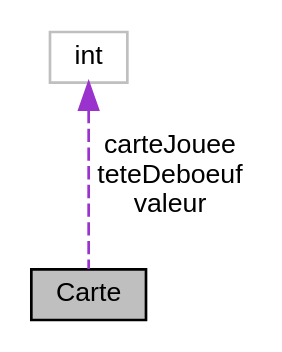
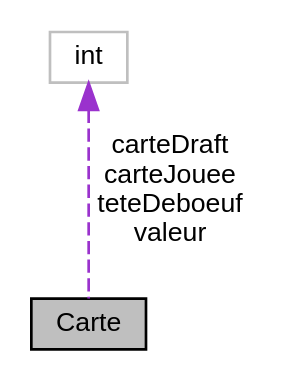
One commit to nehkowp/html changed the diagram in struct_carte__coll__graph.dot. Above: the diagram before and after it, drawn with Graphviz. The commit also changed 203 other files, not shown here.

```diff
--- a/struct_carte__coll__graph.dot
+++ b/struct_carte__coll__graph.dot
@@ -1,10 +1,10 @@
 digraph "Carte"
 {
  // INTERACTIVE_SVG=YES
  // LATEX_PDF_SIZE
   edge [fontname="Helvetica",fontsize="10",labelfontname="Helvetica",labelfontsize="10"];
   node [fontname="Helvetica",fontsize="10",shape=record];
-  Node1 [label="Carte",height=0.2,width=0.4,color="black", fillcolor="grey75", style="filled", fontcolor="black",tooltip=" "];
-  Node2 -> Node1 [dir="back",color="darkorchid3",fontsize="10",style="dashed",label=" carteJouee\nteteDeboeuf\nvaleur" ,fontname="Helvetica"];
+  Node1 [label="Carte",height=0.2,width=0.4,color="black", fillcolor="grey75", style="filled", fontcolor="black",tooltip="Cette structure contient toutes les données d'une carte."];
+  Node2 -> Node1 [dir="back",color="darkorchid3",fontsize="10",style="dashed",label=" carteDraft\ncarteJouee\nteteDeboeuf\nvaleur" ,fontname="Helvetica"];
   Node2 [label="int",height=0.2,width=0.4,color="grey75", fillcolor="white", style="filled",tooltip=" "];
 }
```
